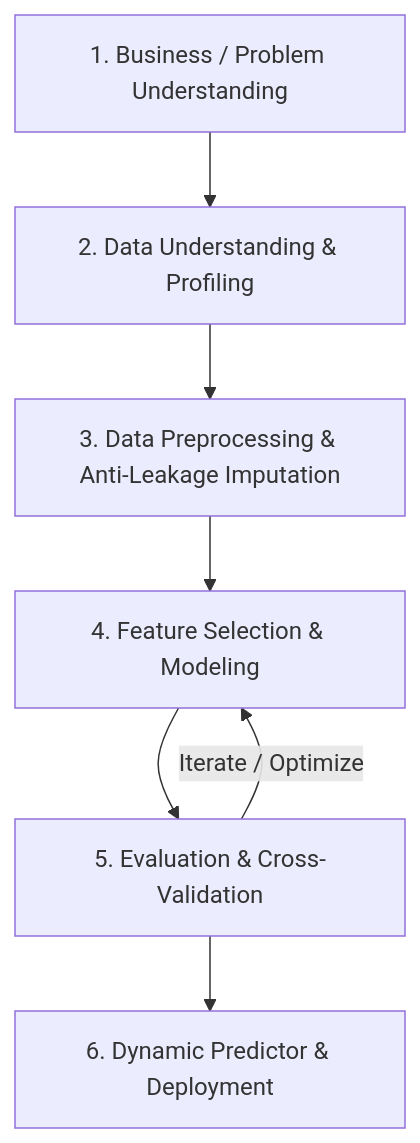
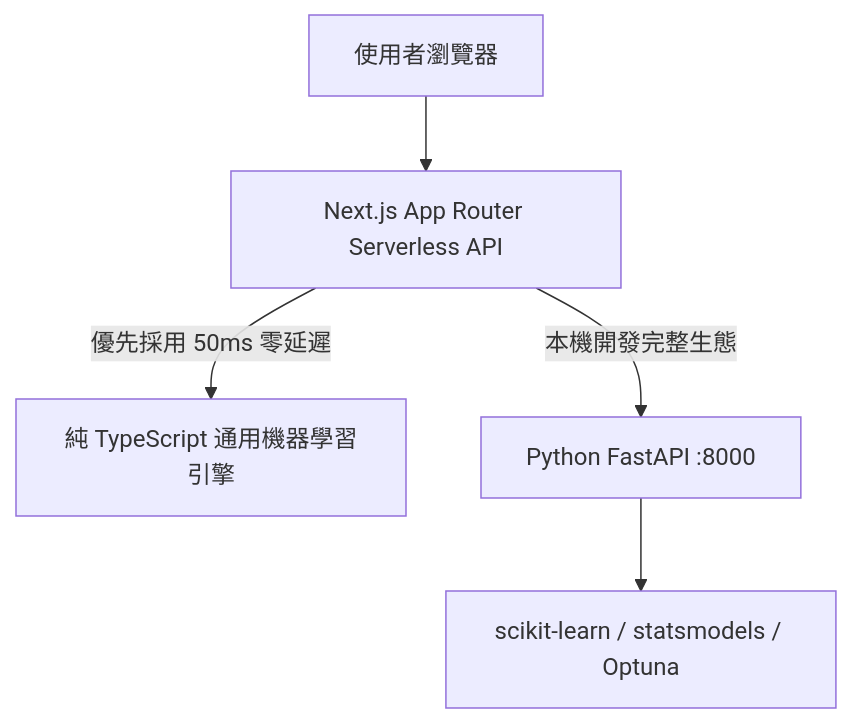
Before and after one commit to Augustine-723/50-Starup: the second of 2 diagrams in README.md, drawn with Mermaid. The commit also changed other lines of this file and 1 other file, not shown here.

Commit message:
docs: update README.md with latest 4-step wizard snapshot, audit matrix, and architecture documentation

````diff
--- a/README.md
+++ b/README.md
@@ -134,9 +105,7 @@
 ```mermaid
 graph TD
-    A[1. Business / Problem Understanding] --> B[2. Data Understanding & Profiling]
-    B --> C[3. Data Preprocessing & Anti-Leakage Imputation]
-    C --> D[4. Feature Selection & Modeling]
-    D --> E[5. Evaluation & Cross-Validation]
-    E --> F[6. Dynamic Predictor & Deployment]
-    E -->|Iterate / Optimize| D
+    User[使用者瀏覽器] --> NextAPI[Next.js App Router Serverless API]
+    NextAPI -->|優先採用 50ms 零延遲| TSEngine[純 TypeScript 通用機器學習引擎]
+    NextAPI -->|本機開發完整生態| PyBackend[Python FastAPI :8000]
+    PyBackend --> Sklearn[scikit-learn / statsmodels / Optuna]
 ```
````
